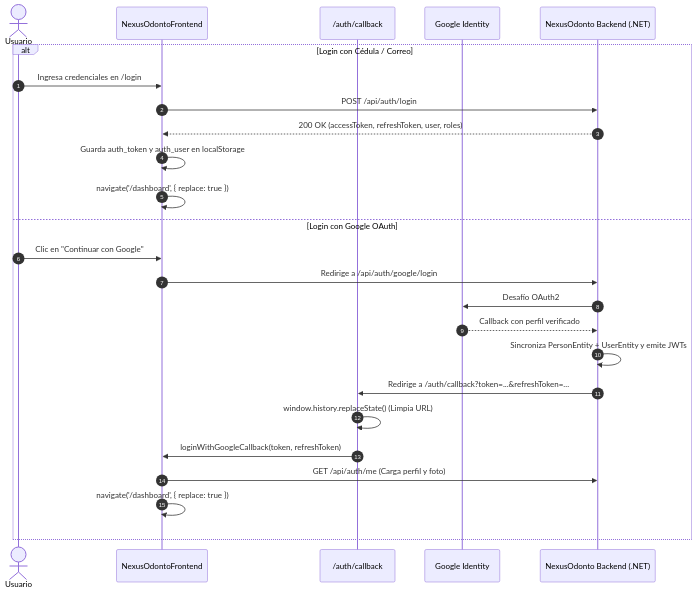
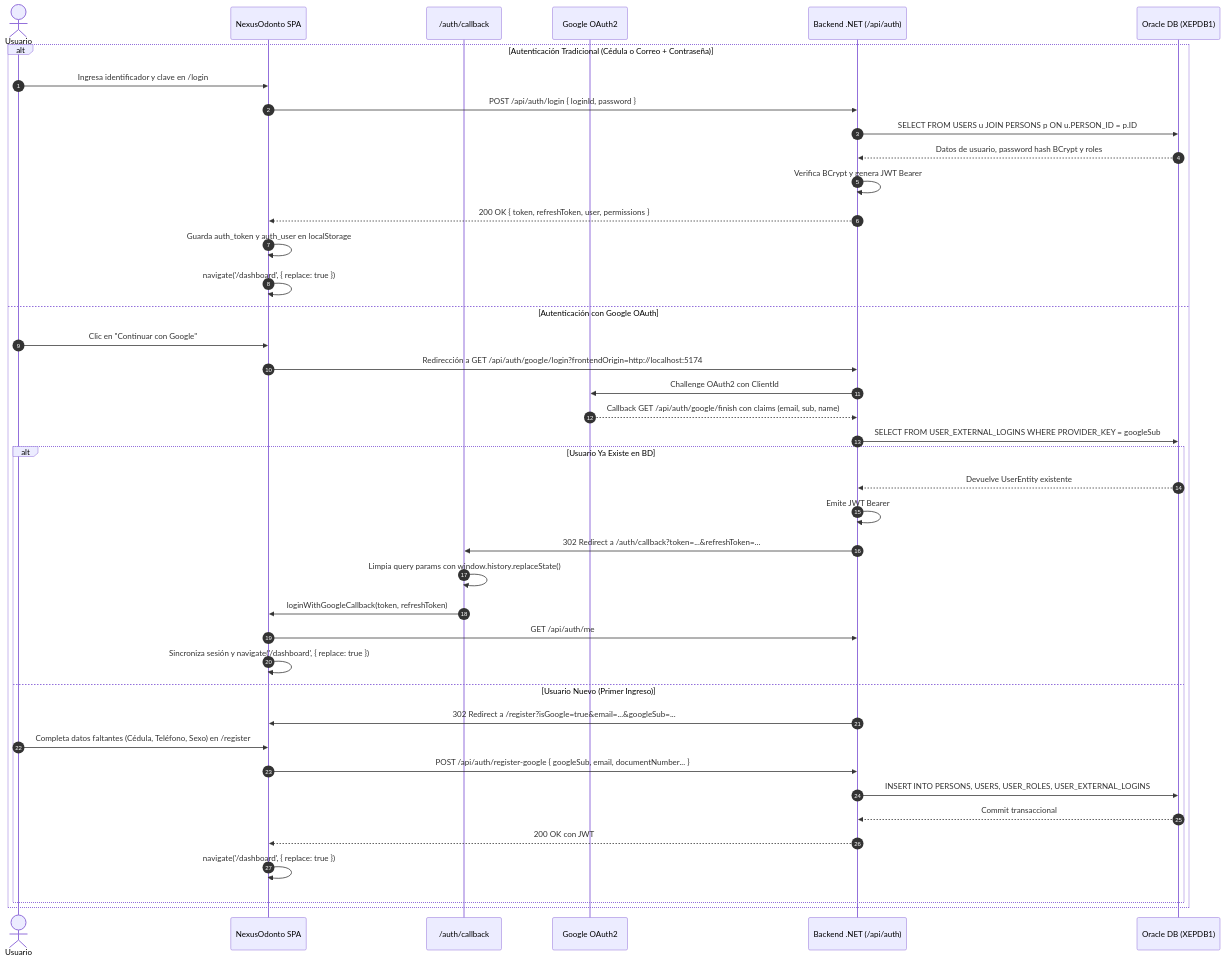
One commit to NexusOdonto/NexusOdontoFrontend changed the diagram in ARCHITECTURE.md. Above: the diagram before and after it, drawn with Mermaid. The commit also changed other lines of this file and 19 other files, not shown here.

````diff
--- a/ARCHITECTURE.md
+++ b/ARCHITECTURE.md
@@ -141,28 +152,44 @@
 ```mermaid
 sequenceDiagram
     autonumber
     actor Usuario
-    participant Frontend as NexusOdontoFrontend
+    participant Front as NexusOdonto SPA
     participant Callback as /auth/callback
-    participant Google as Google Identity
-    participant Backend as NexusOdonto Backend (.NET)
+    participant Google as Google OAuth2
+    participant API as Backend .NET (/api/auth)
+    participant Oracle as Oracle DB (XEPDB1)
 
-    alt Login con Cédula / Correo
-        Usuario->>Frontend: Ingresa credenciales en /login
-        Frontend->>Backend: POST /api/auth/login
-        Backend-->>Frontend: 200 OK (accessToken, refreshToken, user, roles)
-        Frontend->>Frontend: Guarda auth_token y auth_user en localStorage
-        Frontend->>Frontend: navigate('/dashboard', { replace: true })
-    else Login con Google OAuth
-        Usuario->>Frontend: Clic en "Continuar con Google"
-        Frontend->>Backend: Redirige a /api/auth/google/login
-        Backend->>Google: Desafío OAuth2
-        Google-->>Backend: Callback con perfil verificado
-        Backend->>Backend: Sincroniza PersonEntity + UserEntity y emite JWTs
-        Backend->>Callback: Redirige a /auth/callback?token=...&refreshToken=...
-        Callback->>Callback: window.history.replaceState() (Limpia URL)
-        Callback->>Frontend: loginWithGoogleCallback(token, refreshToken)
-        Frontend->>Backend: GET /api/auth/me (Carga perfil y foto)
-        Frontend->>Frontend: navigate('/dashboard', { replace: true })
+    alt Autenticación Tradicional (Cédula o Correo + Contraseña)
+        Usuario->>Front: Ingresa identificador y clave en /login
+        Front->>API: POST /api/auth/login { loginId, password }
+        API->>Oracle: SELECT FROM USERS u JOIN PERSONS p ON u.PERSON_ID = p.ID
+        Oracle-->>API: Datos de usuario, password hash BCrypt y roles
+        API->>API: Verifica BCrypt y genera JWT Bearer
+        API-->>Front: 200 OK { token, refreshToken, user, permissions }
+        Front->>Front: Guarda auth_token y auth_user en localStorage
+        Front->>Front: navigate('/dashboard', { replace: true })
+    else Autenticación con Google OAuth
+        Usuario->>Front: Clic en "Continuar con Google"
+        Front->>API: Redirección a GET /api/auth/google/login?frontendOrigin=http://localhost:5174
+        API->>Google: Challenge OAuth2 con ClientId
+        Google-->>API: Callback GET /api/auth/google/finish con claims (email, sub, name)
+        API->>Oracle: SELECT FROM USER_EXTERNAL_LOGINS WHERE PROVIDER_KEY = googleSub
+        alt Usuario Ya Existe en BD
+            Oracle-->>API: Devuelve UserEntity existente
+            API->>API: Emite JWT Bearer
+            API->>Callback: 302 Redirect a /auth/callback?token=...&refreshToken=...
+            Callback->>Callback: Limpia query params con window.history.replaceState()
+            Callback->>Front: loginWithGoogleCallback(token, refreshToken)
+            Front->>API: GET /api/auth/me
+            Front->>Front: Sincroniza sesión y navigate('/dashboard', { replace: true })
+        else Usuario Nuevo (Primer Ingreso)
+            API->>Front: 302 Redirect a /register?isGoogle=true&email=...&googleSub=...
+            Usuario->>Front: Completa datos faltantes (Cédula, Teléfono, Sexo) en /register
+            Front->>API: POST /api/auth/register-google { googleSub, email, documentNumber... }
+            API->>Oracle: INSERT INTO PERSONS, USERS, USER_ROLES, USER_EXTERNAL_LOGINS
+            Oracle-->>API: Commit transaccional
+            API-->>Front: 200 OK con JWT
+            Front->>Front: navigate('/dashboard', { replace: true })
+        end
     end
 ```
````
